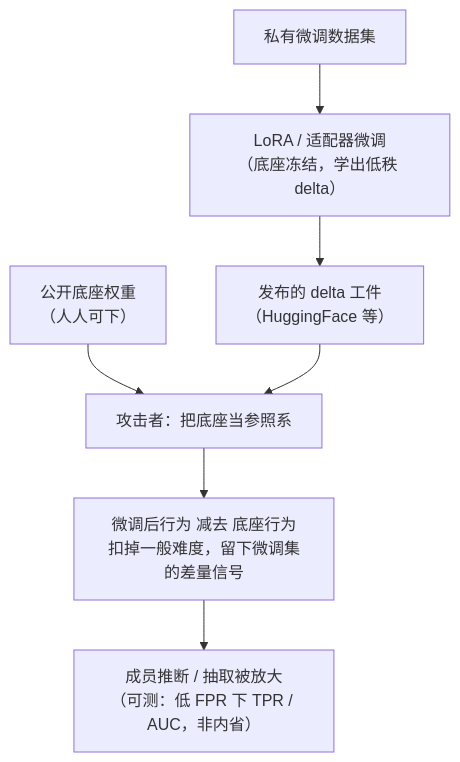
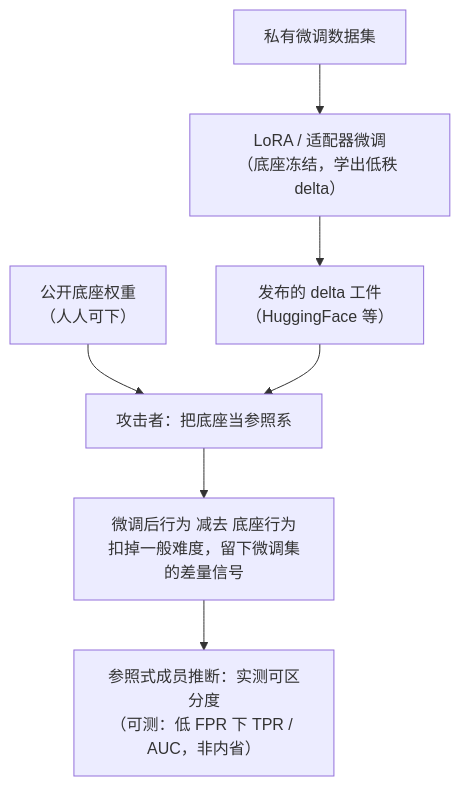
Before and after one commit to XuebinMa/AIWiki: the diagram in privacy/05-frontier-deployment/lora-adapter-leakage.mdx, drawn with Mermaid. The commit also changed other lines of this file and 325 other files, not shown here.

````diff
--- a/privacy/05-frontier-deployment/lora-adapter-leakage.mdx
+++ b/privacy/05-frontier-deployment/lora-adapter-leakage.mdx
@@ -34,9 +38,9 @@
 ```mermaid
 flowchart TB
     P["私有微调数据集"] --> FT["LoRA / 适配器微调<br/>（底座冻结，学出低秩 delta）"]
     FT --> DELTA["发布的 delta 工件<br/>（HuggingFace 等）"]
     BASE["公开底座权重<br/>（人人可下）"] --> REF["攻击者：把底座当参照系"]
     DELTA --> REF
     REF --> SUB["微调后行为 减去 底座行为<br/>扣掉一般难度，留下微调集的差量信号"]
-    SUB --> MIA["成员推断 / 抽取被放大<br/>（可测：低 FPR 下 TPR / AUC，非内省）"]
+    SUB --> MIA["参照式成员推断：实测可区分度<br/>（可测：低 FPR 下 TPR / AUC，非内省）"]
 ```
````
